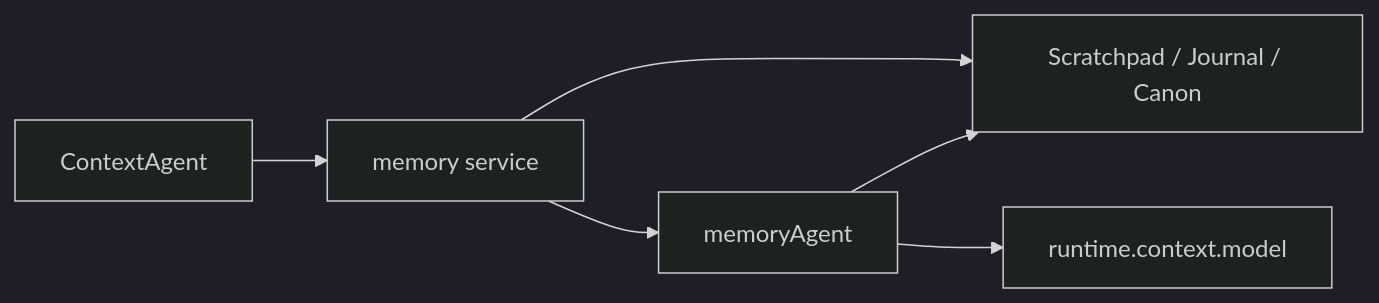
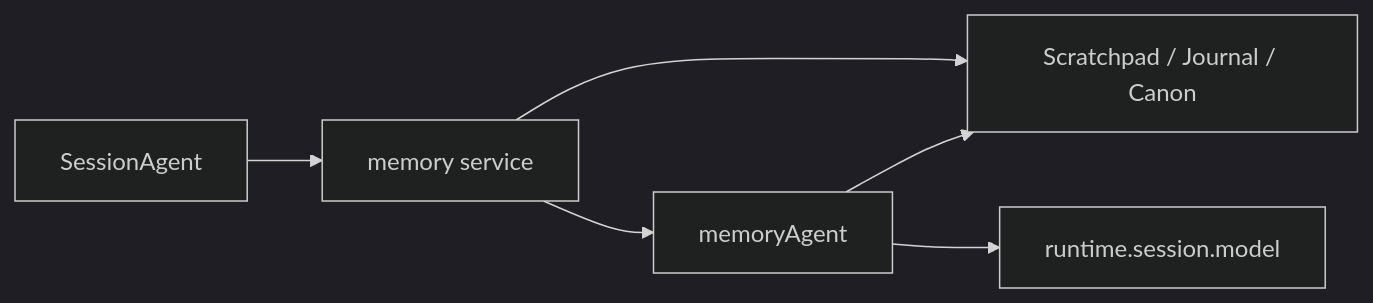
Before and after one commit to wangenius/downcity: the first of 4 diagrams in homepage/content/devdocs/zh/memory/memory-agent.mdx, drawn with Mermaid (dark theme). The commit also changed other lines of this file and 34 other files, not shown here.

````diff
--- a/homepage/content/devdocs/zh/memory/memory-agent.mdx
+++ b/homepage/content/devdocs/zh/memory/memory-agent.mdx
@@ -67,14 +67,14 @@
 ```mermaid
 flowchart LR
-  CA["ContextAgent"]
+  CA["SessionAgent"]
   MS["memory service"]
   MA["memoryAgent"]
   CORE["Scratchpad / Journal / Canon"]
-  MODEL["runtime.context.model"]
+  MODEL["runtime.session.model"]
 
   CA --> MS
   MS --> CORE
   MS --> MA
   MA --> CORE
   MA --> MODEL
 ```
````
